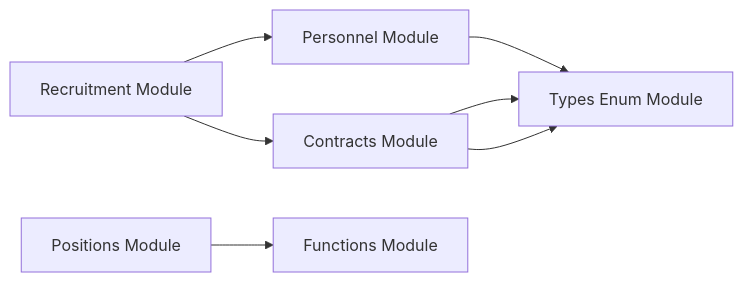
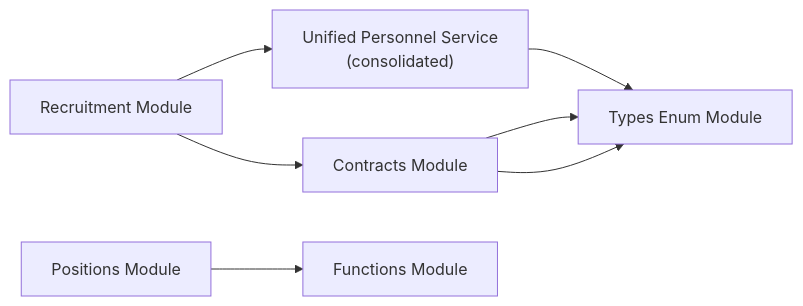
The seventh of 7 diagrams in .qoder/repowiki/en/content/API Reference/Human Resources API/Personnel Administration API/Personnel Administration API.md (franckylab/eLISAschool), drawn with Mermaid before and after one commit. The commit also changed other lines of this file and 102 other files, not shown here.

````diff
--- a/.qoder/repowiki/en/content/API Reference/Human Resources API/Personnel Administration API/Personnel Administration API.md
+++ b/.qoder/repowiki/en/content/API Reference/Human Resources API/Personnel Administration API/Personnel Administration API.md
@@ -464,9 +479,9 @@
 ```mermaid
 graph LR
-Recruit["Recruitment Module"] --> Person["Personnel Module"]
+Recruit["Recruitment Module"] --> Person["Unified Personnel Service<br/>(consolidated)"]
 Recruit --> Contr["Contracts Module"]
 Contr --> Enum["Types Enum Module"]
 Pos["Positions Module"] --> Func["Functions Module"]
 Person --> Enum
 Contr --> Enum
 ```
````
